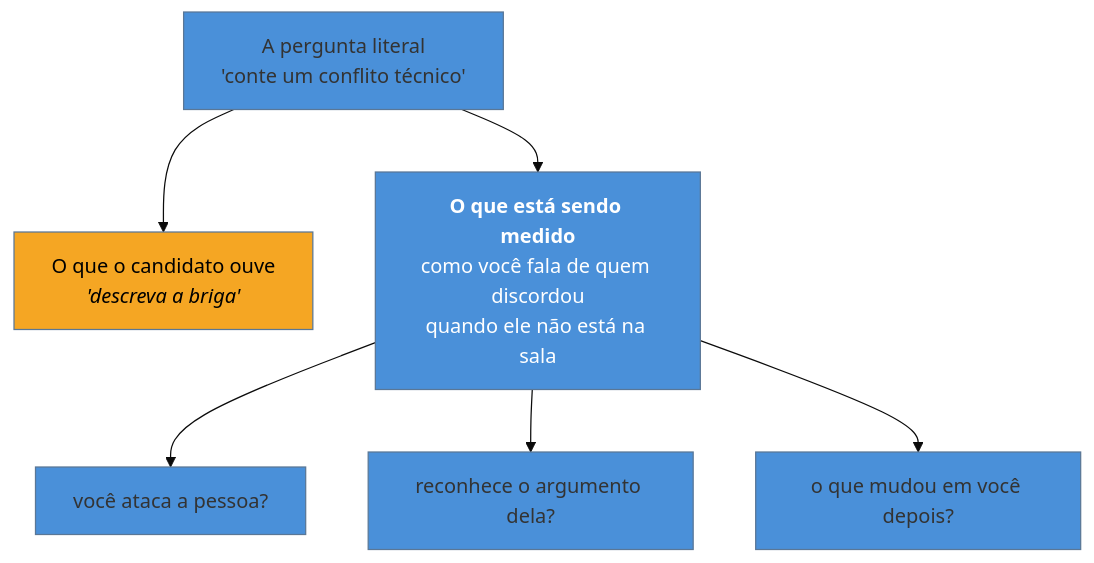
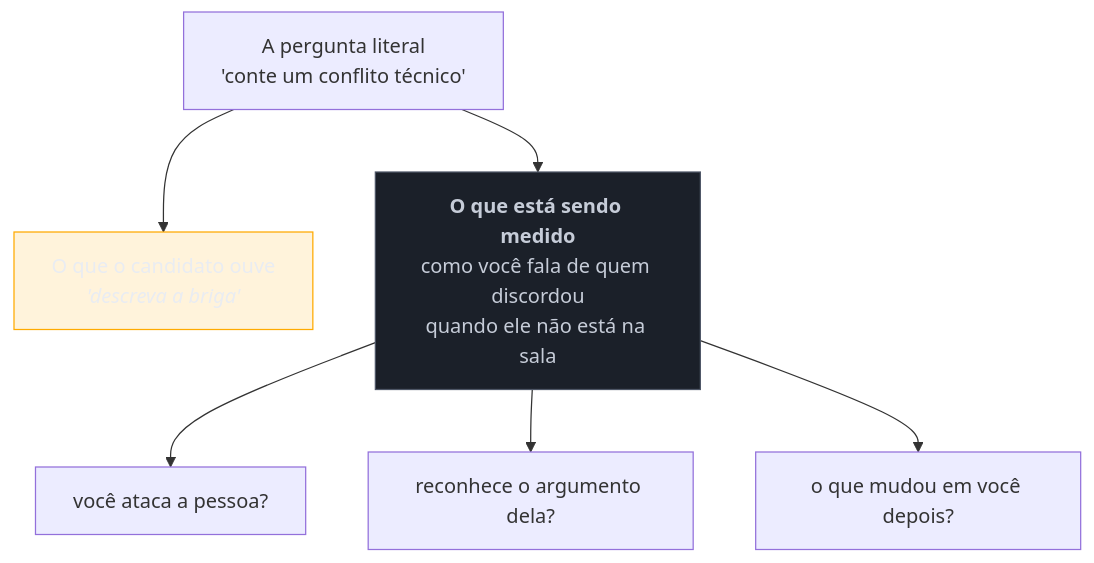
The diagram in 03-Dominios/Carreira/Entrevistas/01 - O que uma entrevista sênior avalia.md (josenaldo/codex-technomanticus), drawn with Mermaid before and after one commit. The commit also changed 1181 other files, not shown here.

First line of the commit message:
fix(diagramas): paleta do sistema no lugar de cor cravada no markdown

````diff
--- a/03-Dominios/Carreira/Entrevistas/01 - O que uma entrevista sênior avalia.md
+++ b/03-Dominios/Carreira/Entrevistas/01 - O que uma entrevista sênior avalia.md
@@ -57,12 +57,13 @@
 ```mermaid
-%%{init: {"theme": "base", "themeVariables": {"primaryColor": "#4A90D9"}}}%%
 graph TD
+    classDef destaque fill:#FFAA0024,stroke:#FFAA00,color:#E9ECF2
+    classDef neutro fill:#1B2029,stroke:#4E5666,color:#C6CCD8
     P["A pergunta literal<br/>'conte um conflito técnico'"] --> R["O que o candidato ouve<br/><i>'descreva a briga'</i>"]
     P --> S["<b>O que está sendo medido</b><br/>como você fala de quem discordou<br/>quando ele não está na sala"]
     S --> D1["você ataca a pessoa?"]
     S --> D2["reconhece o argumento dela?"]
     S --> D3["o que mudou em você depois?"]
 
-    style R fill:#F5A623,color:#000
-    style S fill:#4A90D9,color:#fff
+    class R destaque
+    class S neutro
 ```
````
